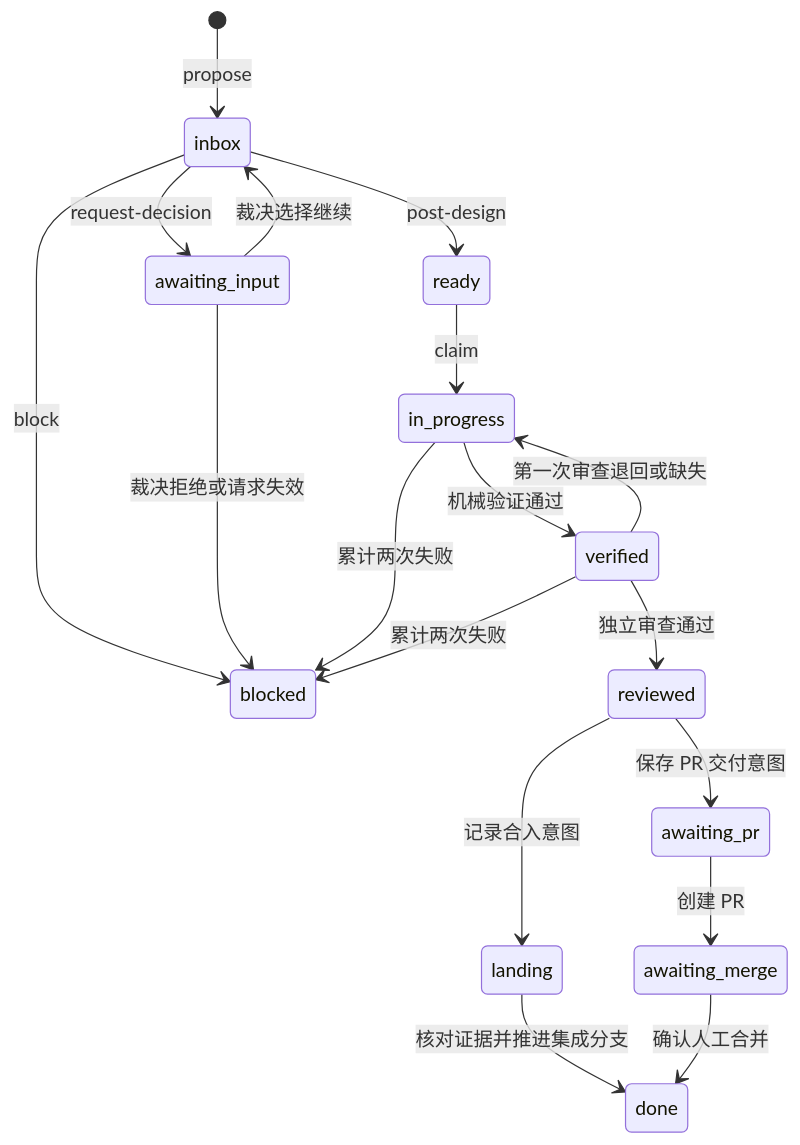
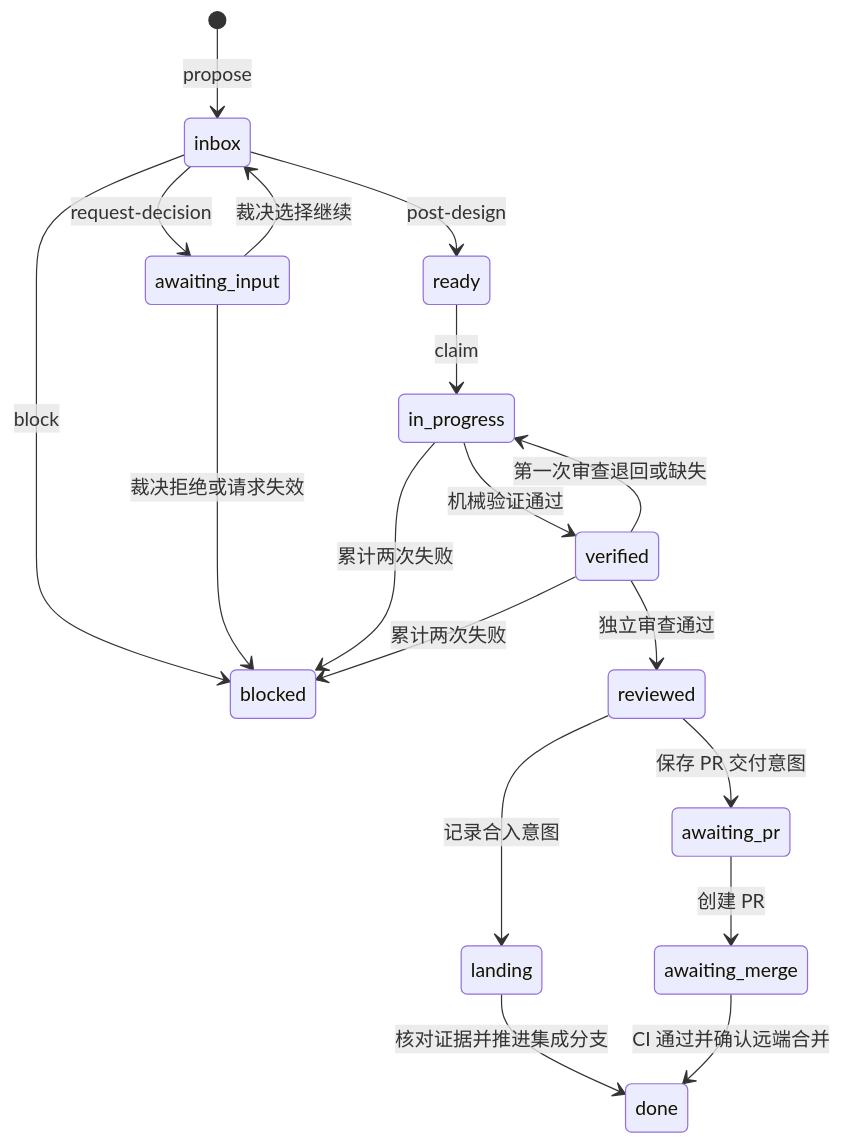
One commit to alixeu/akzio-signal-intelligence changed the diagram in .agents/skills/autonomous-loop/SKILL.md. Above: the diagram before and after it, drawn with Mermaid. The commit also changed other lines of this file and 5 other files, not shown here.

````diff
--- a/.agents/skills/autonomous-loop/SKILL.md
+++ b/.agents/skills/autonomous-loop/SKILL.md
@@ -45,20 +45,20 @@
 ```mermaid
 stateDiagram-v2
     [*] --> inbox: propose
     inbox --> ready: post-design
     inbox --> blocked: block
     inbox --> awaiting_input: request-decision
     awaiting_input --> inbox: 裁决选择继续
     awaiting_input --> blocked: 裁决拒绝或请求失效
     ready --> in_progress: claim
     in_progress --> verified: 机械验证通过
     verified --> reviewed: 独立审查通过
     verified --> in_progress: 第一次审查退回或缺失
     in_progress --> blocked: 累计两次失败
     verified --> blocked: 累计两次失败
     reviewed --> landing: 记录合入意图
     landing --> done: 核对证据并推进集成分支
     reviewed --> awaiting_pr: 保存 PR 交付意图
     awaiting_pr --> awaiting_merge: 创建 PR
-    awaiting_merge --> done: 确认人工合并
+    awaiting_merge --> done: CI 通过并确认远端合并
 ```
````
